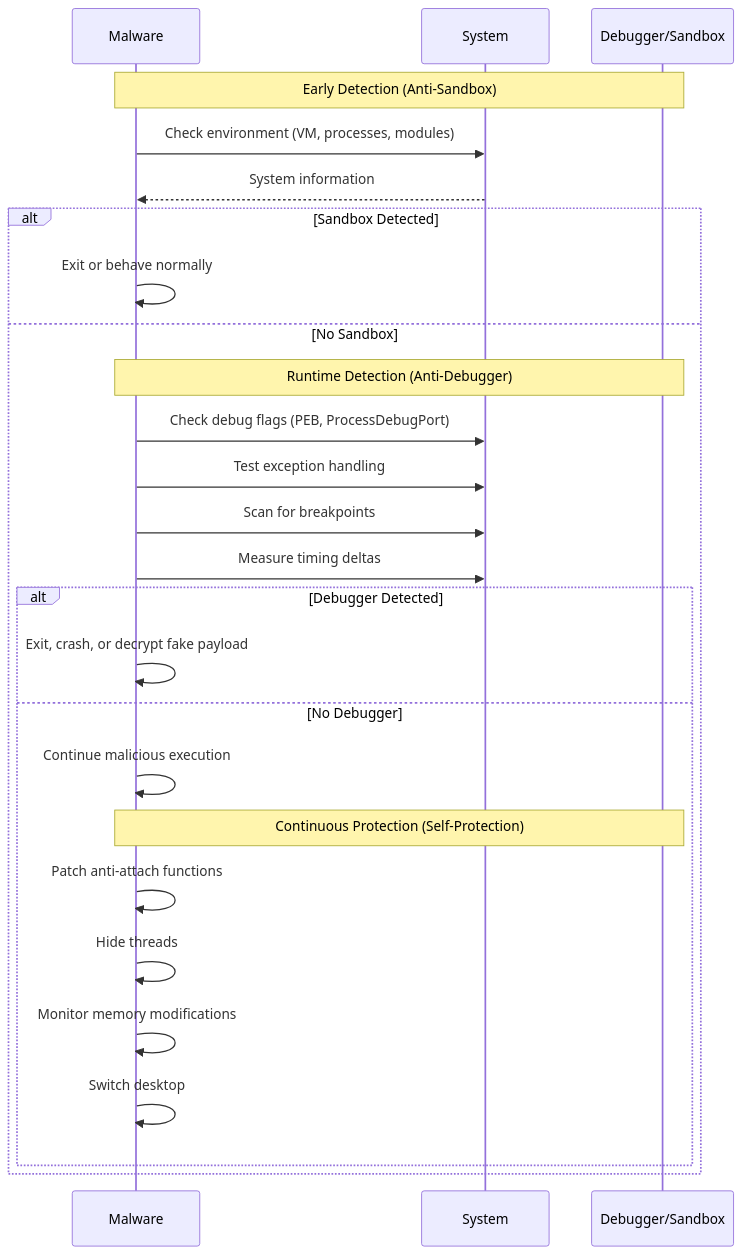
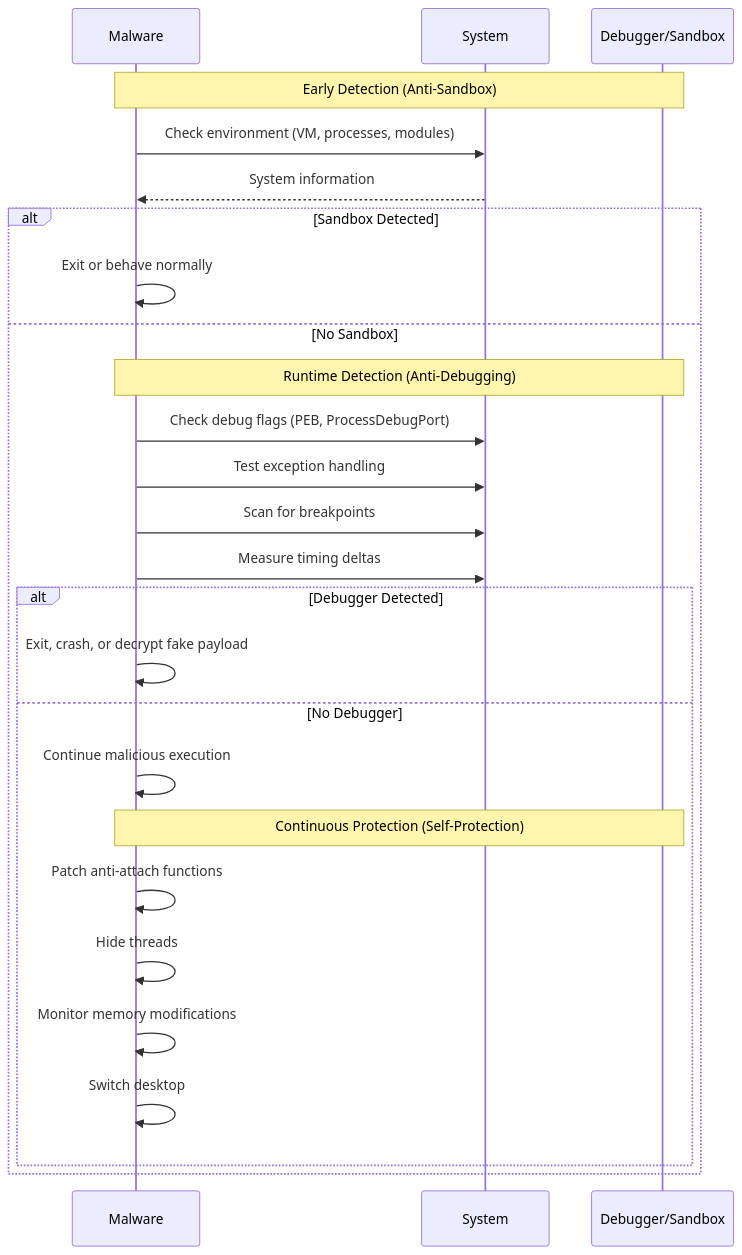
The fifth of 8 diagrams in docs/diagrams/taxonomy.md (mabj/anti), drawn with Mermaid before and after one commit. The commit also changed other lines of this file and 281 other files, not shown here.

Commit message:
Renaming anti-debugger category to anti-debugging

````diff
--- a/docs/diagrams/taxonomy.md
+++ b/docs/diagrams/taxonomy.md
@@ -151,32 +151,32 @@
 ```mermaid
 sequenceDiagram
     participant M as Malware
     participant S as System
     participant D as Debugger/Sandbox
 
     Note over M,D: Early Detection (Anti-Sandbox)
     M->>S: Check environment (VM, processes, modules)
     S-->>M: System information
 
     alt Sandbox Detected
         M->>M: Exit or behave normally
     else No Sandbox
-        Note over M,D: Runtime Detection (Anti-Debugger)
+        Note over M,D: Runtime Detection (Anti-Debugging)
         M->>S: Check debug flags (PEB, ProcessDebugPort)
         M->>S: Test exception handling
         M->>S: Scan for breakpoints
         M->>S: Measure timing deltas
 
         alt Debugger Detected
             M->>M: Exit, crash, or decrypt fake payload
         else No Debugger
             M->>M: Continue malicious execution
 
             Note over M,D: Continuous Protection (Self-Protection)
             M->>M: Patch anti-attach functions
             M->>M: Hide threads
             M->>M: Monitor memory modifications
             M->>M: Switch desktop
         end
     end
 ```
````
